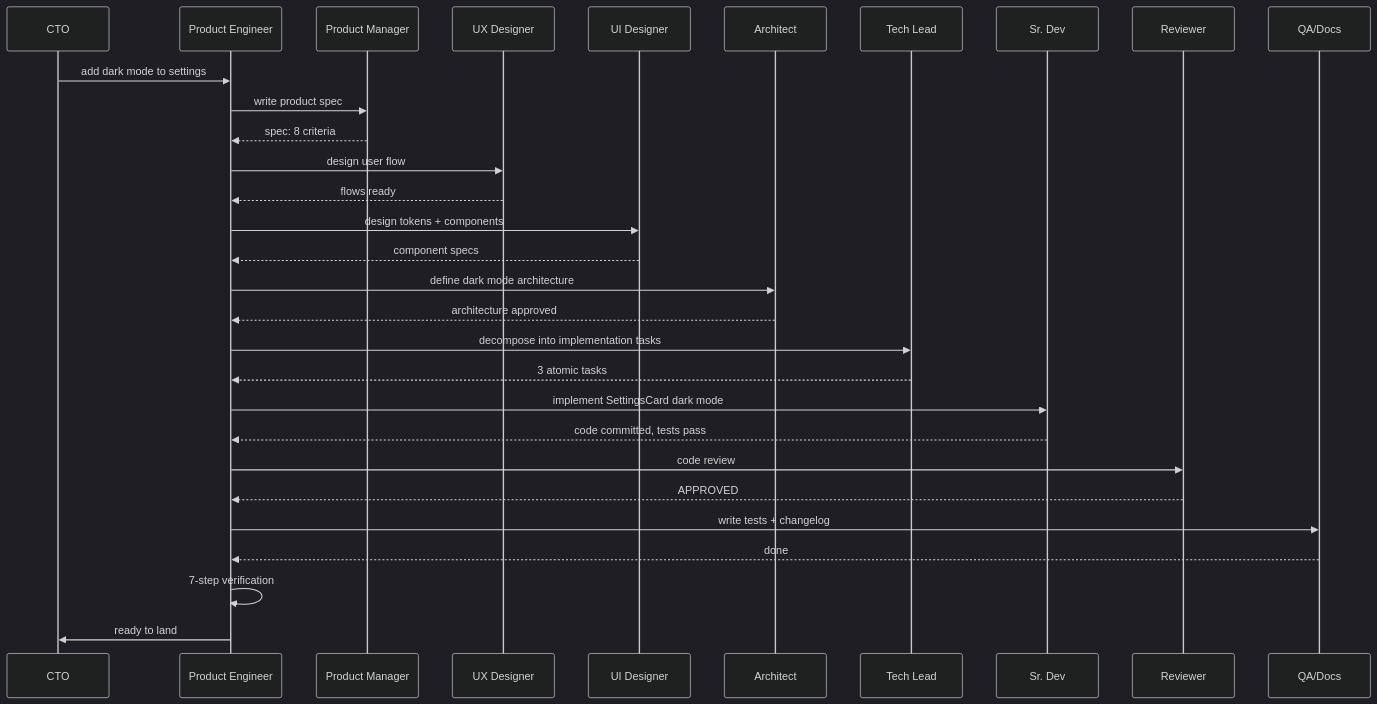
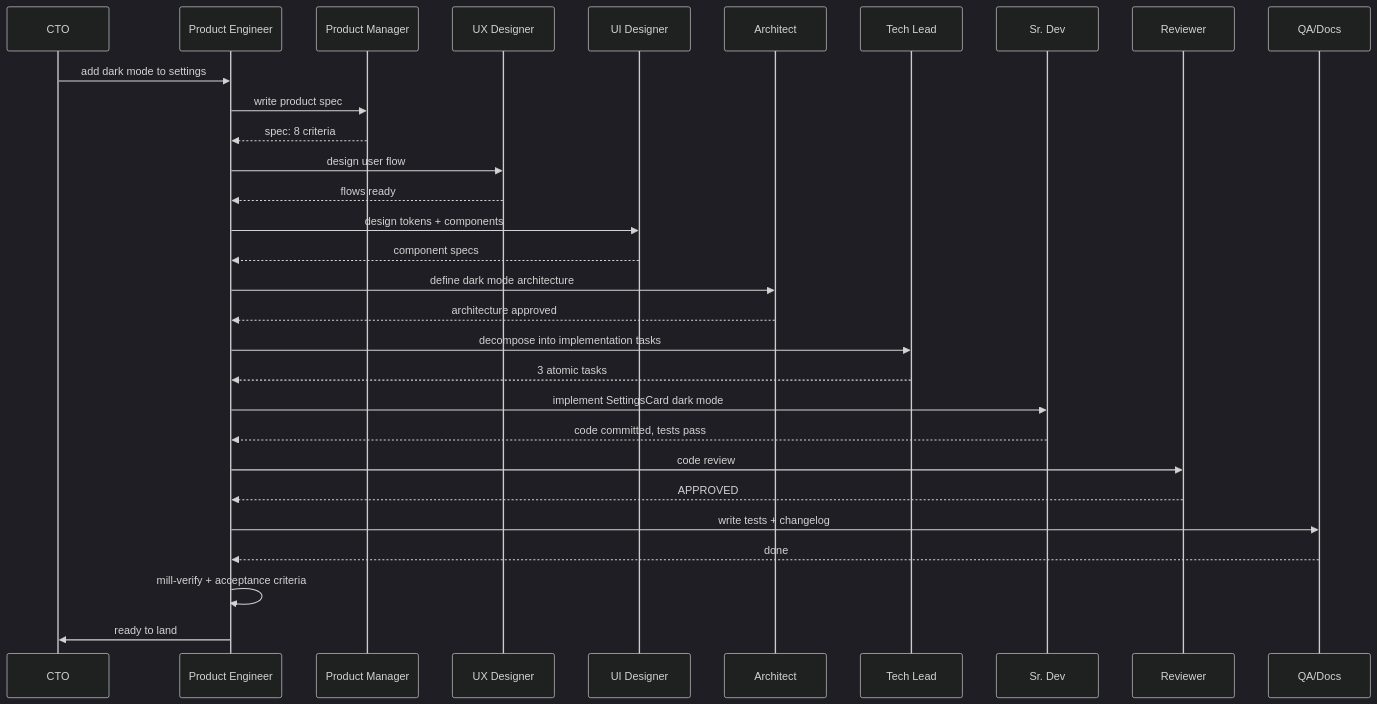
Before and after one commit to antonygiomarxdev/mill: the third of 3 diagrams in .mill/docs/ORG-CHART.md, drawn with Mermaid (dark theme). The commit also changed other lines of this file and 2 other files, not shown here.

First line of the commit message:
docs(sweep): correct stale facts in ORG-CHART, conventions, wayfinder map

````diff
--- a/.mill/docs/ORG-CHART.md
+++ b/.mill/docs/ORG-CHART.md
@@ -86,42 +86,42 @@
 ```mermaid
 sequenceDiagram
     participant CTO
     participant PE as Product Engineer
     participant pman as Product Manager
     participant uxd as UX Designer
     participant uied as UI Designer
     participant archi as Architect
     participant tlead as Tech Lead
     participant sdev as Sr. Dev
     participant revr as Reviewer
     participant qad as QA/Docs
 
     CTO->>PE: add dark mode to settings
 
     PE->>pman: write product spec
     pman-->>PE: spec: 8 criteria
 
     PE->>uxd: design user flow
     uxd-->>PE: flows ready
 
     PE->>uied: design tokens + components
     uied-->>PE: component specs
 
     PE->>archi: define dark mode architecture
     archi-->>PE: architecture approved
 
     PE->>tlead: decompose into implementation tasks
     tlead-->>PE: 3 atomic tasks
 
     PE->>sdev: implement SettingsCard dark mode
     sdev-->>PE: code committed, tests pass
 
     PE->>revr: code review
     revr-->>PE: APPROVED
 
     PE->>qad: write tests + changelog
     qad-->>PE: done
 
-    PE->>PE: 7-step verification
+    PE->>PE: mill-verify + acceptance criteria
     PE->>CTO: ready to land
 ```
````
